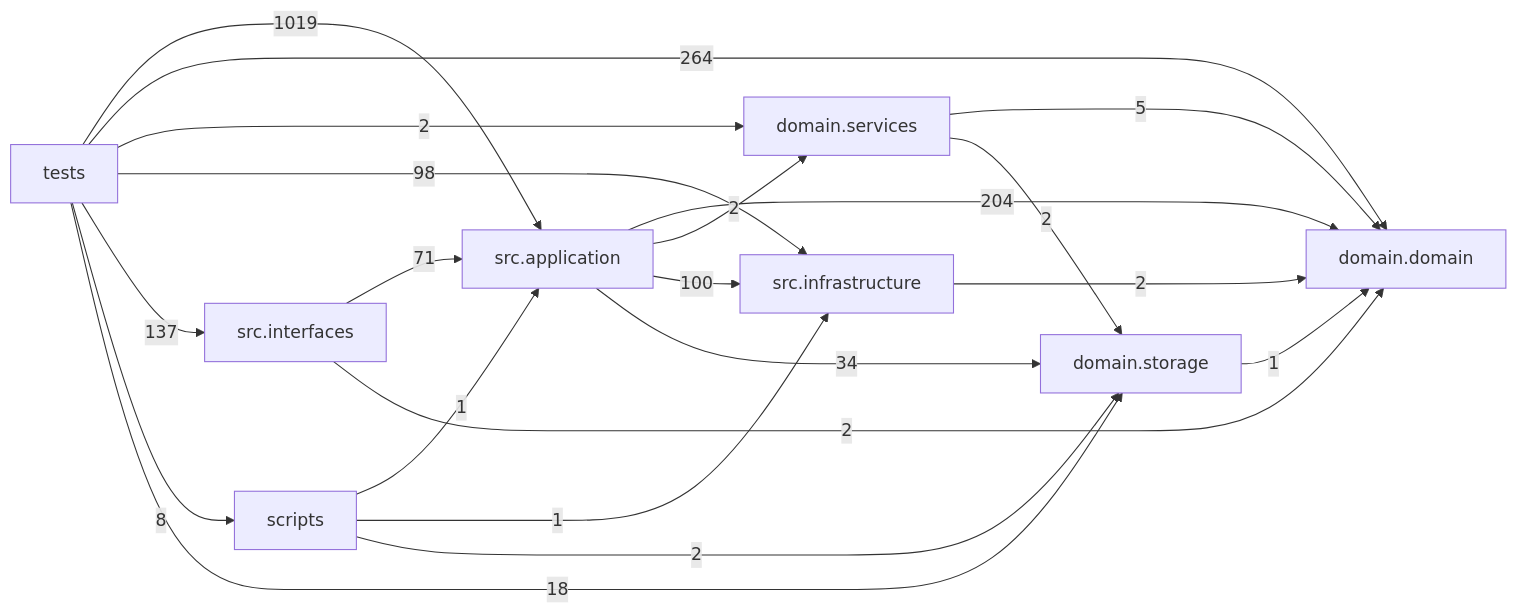
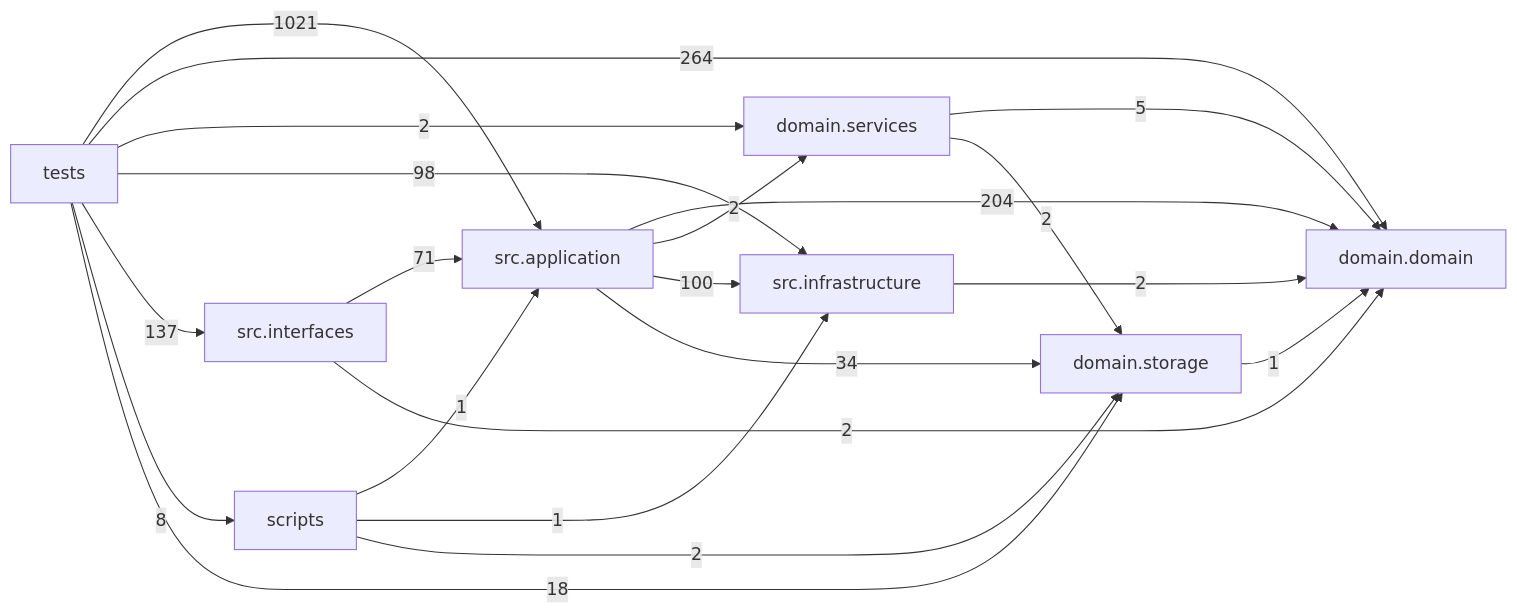
Before and after one commit to liuxie066/options-monitor: the diagram in docs/DEPENDENCY_GRAPH.md, drawn with Mermaid. The commit also changed other lines of this file and 8 other files, not shown here.

````diff
--- a/docs/DEPENDENCY_GRAPH.md
+++ b/docs/DEPENDENCY_GRAPH.md
@@ -24,31 +24,31 @@
 ```mermaid
 flowchart LR
   tests["tests"]
   scripts["scripts"]
   interfaces["src.interfaces"]
   application["src.application"]
   infrastructure["src.infrastructure"]
   domain_services["domain.services"]
   domain["domain.domain"]
   storage["domain.storage"]
   application -->|204| domain
   application -->|2| domain_services
   application -->|100| infrastructure
   application -->|34| storage
   domain_services -->|5| domain
   domain_services -->|2| storage
   infrastructure -->|2| domain
   interfaces -->|71| application
   interfaces -->|2| domain
   scripts -->|1| application
   scripts -->|1| infrastructure
   scripts -->|2| storage
   storage -->|1| domain
-  tests -->|1019| application
+  tests -->|1021| application
   tests -->|264| domain
   tests -->|2| domain_services
   tests -->|98| infrastructure
   tests -->|137| interfaces
   tests -->|8| scripts
   tests -->|18| storage
 ```
````
